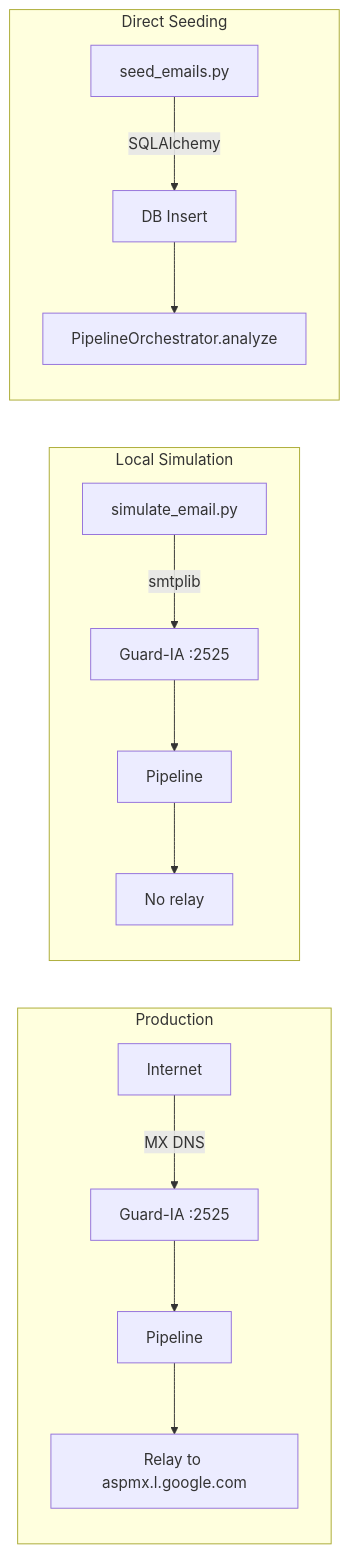
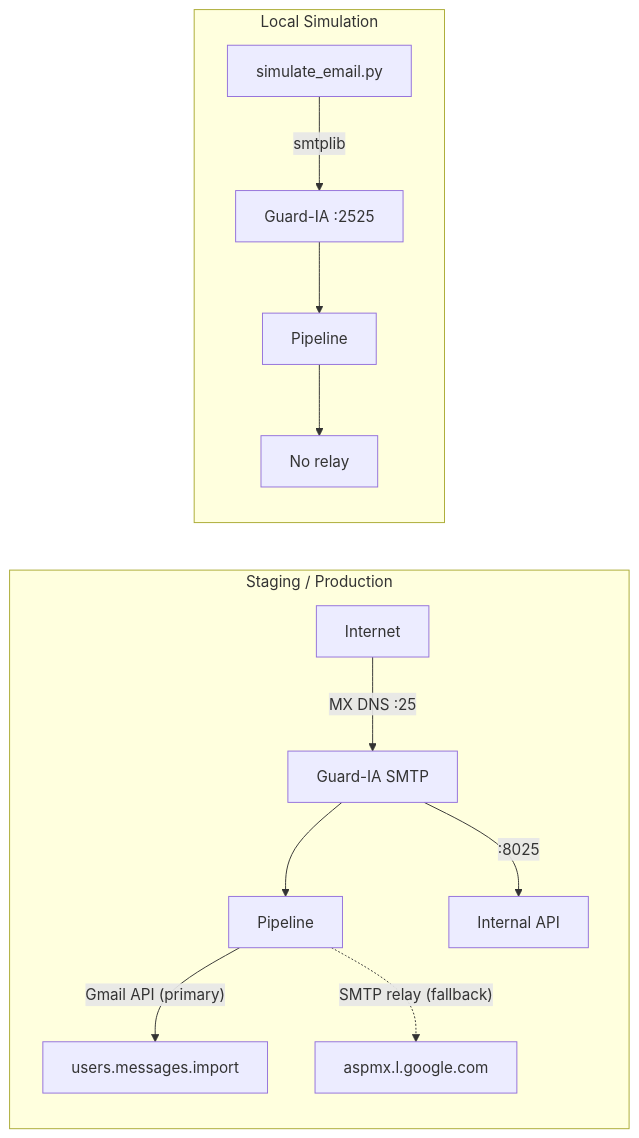
One commit to sogliano/guardia changed the eighth of 8 diagrams in docs/ARCHITECTURE.md. Above: the diagram before and after it, drawn with Mermaid. The commit also changed other lines of this file and 32 other files, not shown here.

First line of the commit message:
Gmail API delivery, internal API, quarantine release flow (#11)

````diff
--- a/docs/ARCHITECTURE.md
+++ b/docs/ARCHITECTURE.md
@@ -765,19 +815,16 @@
 ```mermaid
 graph LR
-    subgraph Production
-        I1["Internet"] -->|MX DNS| GW1["Guard-IA :2525"]
+    subgraph Staging["Staging / Production"]
+        I1["Internet"] -->|"MX DNS :25"| GW1["Guard-IA SMTP"]
         GW1 --> P1["Pipeline"]
-        P1 --> R1["Relay to aspmx.l.google.com"]
+        P1 -->|"Gmail API (primary)"| G1["users.messages.import"]
+        P1 -.->|"SMTP relay (fallback)"| R1["aspmx.l.google.com"]
+        GW1 -->|":8025"| INT["Internal API"]
     end
 
     subgraph Local["Local Simulation"]
         SIM["simulate_email.py"] -->|smtplib| GW2["Guard-IA :2525"]
         GW2 --> P2["Pipeline"]
         P2 --> X1["No relay"]
     end
-
-    subgraph Seeding["Direct Seeding"]
-        SEED["seed_emails.py"] -->|SQLAlchemy| DB["DB Insert"]
-        DB --> ORCH["PipelineOrchestrator.analyze"]
-    end
 ```
````
